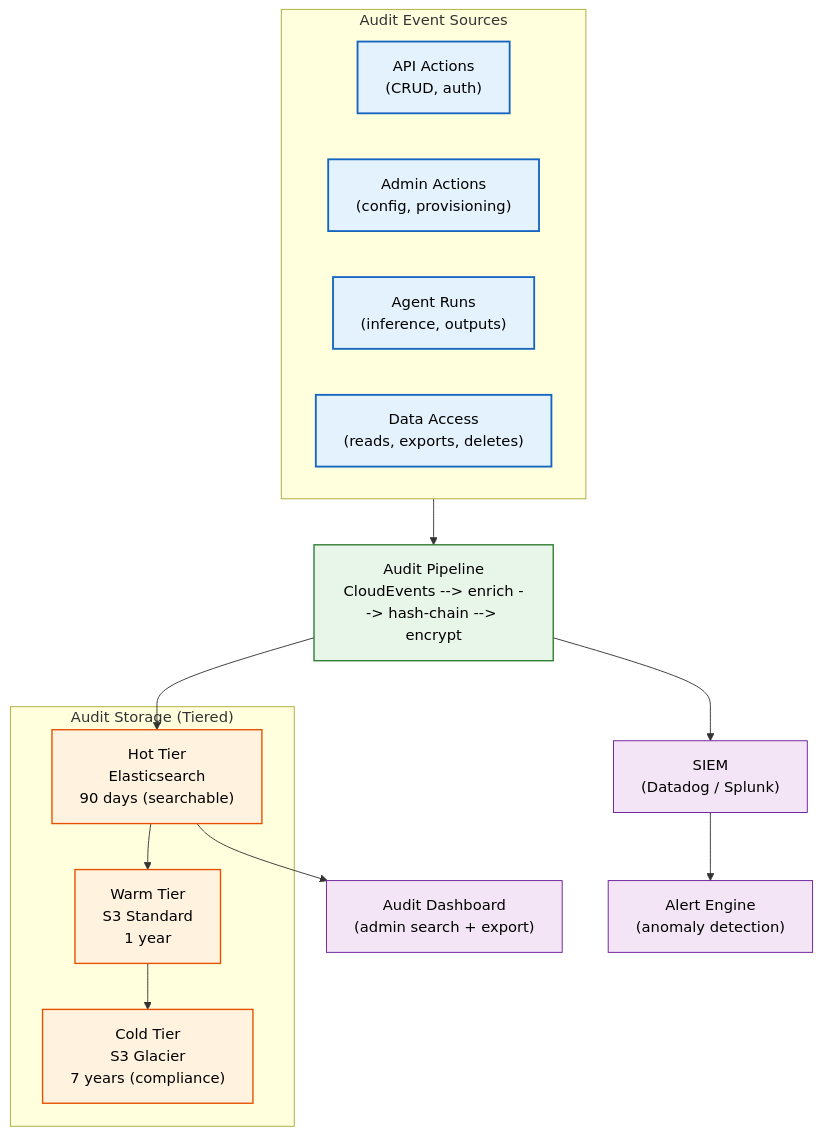
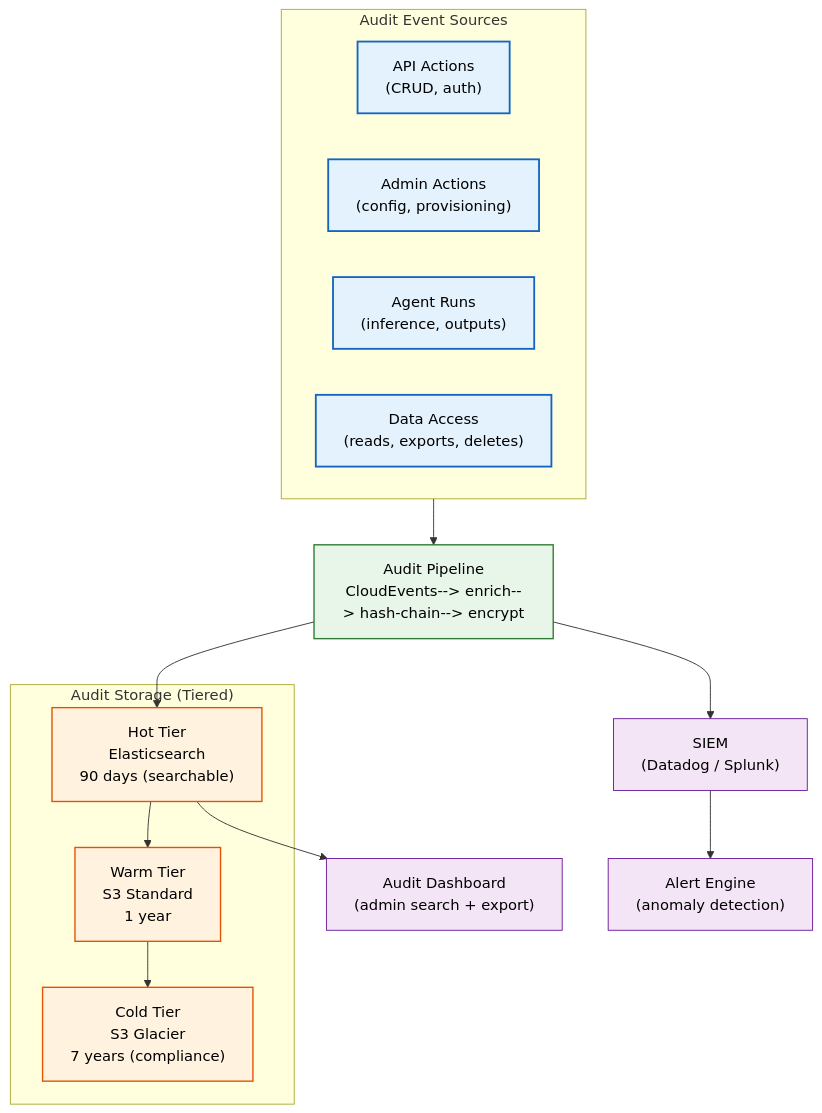
The diagram in docs/security/Audit-Policy.md (Driftloom/Vaeloom), drawn with Mermaid before and after one commit. The commit also changed 694 other files, not shown here.

First line of the commit message:
docs: mermaid standardization — encoding/mermaid/duplicate cleanup

````diff
--- a/docs/security/Audit-Policy.md
+++ b/docs/security/Audit-Policy.md
@@ -41,30 +41,30 @@
 ```mermaid
 graph TD
-    classDef source fill:#e3f2fd,stroke:#1565c0,color:#000,stroke-width:2px
-    classDef pipeline fill:#e8f5e9,stroke:#2e7d32,color:#000,stroke-width:1.5px
-    classDef store fill:#fff3e0,stroke:#e65100,color:#000,stroke-width:1.5px
-    classDef consumer fill:#f3e5f5,stroke:#6a1b9a,color:#000,stroke-width:1px
+ classDef source fill:#e3f2fd,stroke:#1565c0,color:#000,stroke-width:2px
+ classDef pipeline fill:#e8f5e9,stroke:#2e7d32,color:#000,stroke-width:1.5px
+ classDef store fill:#fff3e0,stroke:#e65100,color:#000,stroke-width:1.5px
+ classDef consumer fill:#f3e5f5,stroke:#6a1b9a,color:#000,stroke-width:1px
 
-    subgraph Sources["Audit Event Sources"]
-        API["API Actions<br/>(CRUD, auth)"]:::source
-        ADMIN["Admin Actions<br/>(config, provisioning)"]:::source
-        AGENT["Agent Runs<br/>(inference, outputs)"]:::source
-        DATA["Data Access<br/>(reads, exports, deletes)"]:::source
-    end
+ subgraph Sources["Audit Event Sources"]
+ API["API Actions<br/>(CRUD, auth)"]:::source
+ ADMIN["Admin Actions<br/>(config, provisioning)"]:::source
+ AGENT["Agent Runs<br/>(inference, outputs)"]:::source
+ DATA["Data Access<br/>(reads, exports, deletes)"]:::source
+ end
 
-    PIPE["Audit Pipeline<br/>CloudEvents --> enrich --> hash-chain --> encrypt"]:::pipeline
+ PIPE["Audit Pipeline<br/>CloudEvents--> enrich--> hash-chain--> encrypt"]:::pipeline
 
-    subgraph Storage["Audit Storage (Tiered)"]
-        HOT["Hot Tier<br/>Elasticsearch<br/>90 days (searchable)"]:::store
-        WARM["Warm Tier<br/>S3 Standard<br/>1 year"]:::store
-        COLD["Cold Tier<br/>S3 Glacier<br/>7 years (compliance)"]:::store
-    end
+ subgraph Storage["Audit Storage (Tiered)"]
+ HOT["Hot Tier<br/>Elasticsearch<br/>90 days (searchable)"]:::store
+ WARM["Warm Tier<br/>S3 Standard<br/>1 year"]:::store
+ COLD["Cold Tier<br/>S3 Glacier<br/>7 years (compliance)"]:::store
+ end
 
-    SIEM["SIEM<br/>(Datadog / Splunk)"]:::consumer
-    DASH["Audit Dashboard<br/>(admin search + export)"]:::consumer
-    ALERT["Alert Engine<br/>(anomaly detection)"]:::consumer
+ SIEM["SIEM<br/>(Datadog / Splunk)"]:::consumer
+ DASH["Audit Dashboard<br/>(admin search + export)"]:::consumer
+ ALERT["Alert Engine<br/>(anomaly detection)"]:::consumer
 
-    Sources --> PIPE --> HOT --> WARM --> COLD
-    PIPE --> SIEM --> ALERT
-    HOT --> DASH
+ Sources--> PIPE--> HOT--> WARM--> COLD
+ PIPE--> SIEM--> ALERT
+ HOT--> DASH
 ```
````
